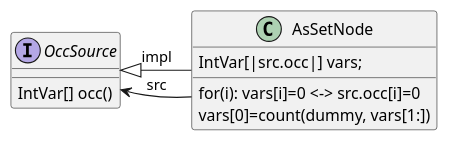
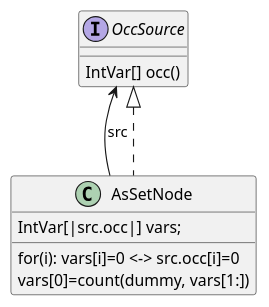
The diagram in diagrams/asSet.plantuml (ArtemisLemon/OCLinChoco), drawn with PlantUML before and after one commit. The commit also changed 1 other file, not shown here.

Commit message:
diagrams: added sum, cleaned asSet

```diff
--- a/diagrams/asSet.plantuml
+++ b/diagrams/asSet.plantuml
@@ -1,17 +1,17 @@
 @startuml
 
 interface OccSource{
     IntVar[] occ()
 }
 
 
 class AsSetNode {
     IntVar[|src.occ|] vars;
 
     for(i): vars[i]=0 <-> src.occ[i]=0
     vars[0]=count(dummy, vars[1:])    
 }
-OccSource <-right- AsSetNode : src
-OccSource <|-down- AsSetNode :impl
+OccSource <-- AsSetNode : src
+OccSource <|.down. AsSetNode
 
 @enduml
```
